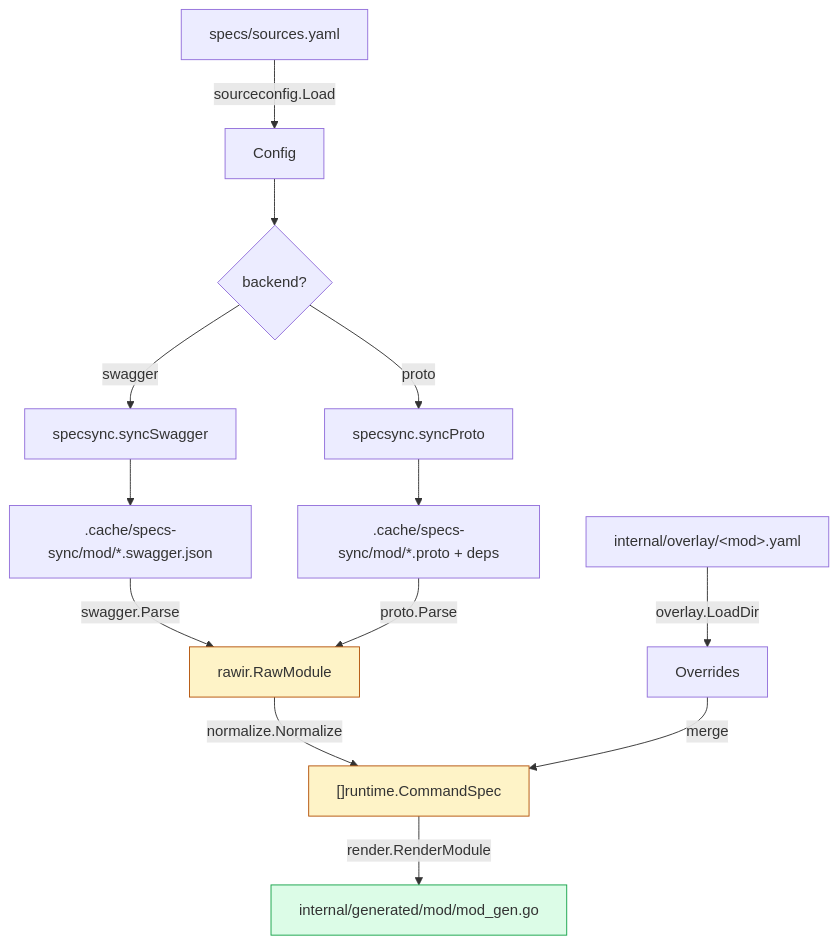
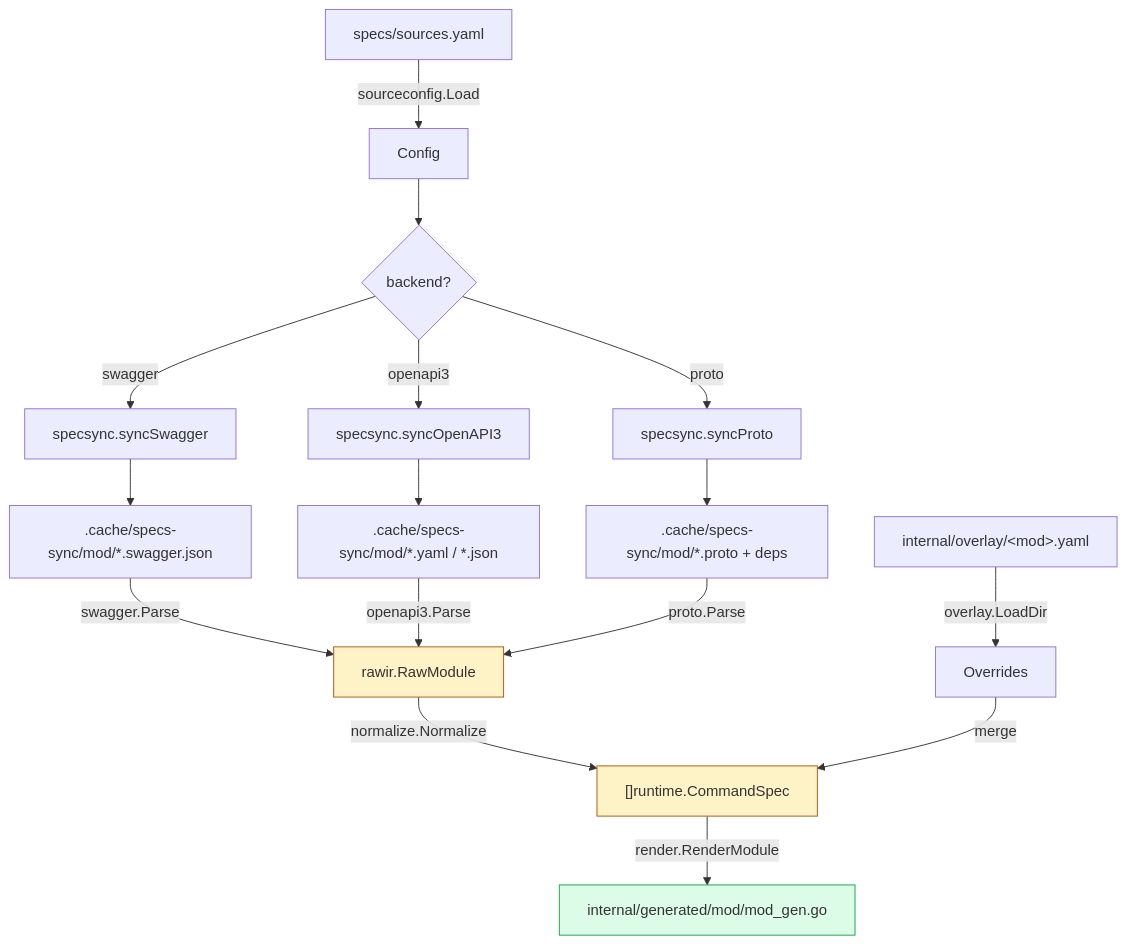
The second of 8 diagrams in docs/architecture.md (samzong/lathe), drawn with Mermaid before and after one commit. The commit also changed other lines of this file, not shown here.

First line of the commit message:
docs: update architecture.md for three-backend reality

````diff
--- a/docs/architecture.md
+++ b/docs/architecture.md
@@ -42,24 +42,27 @@
 ```mermaid
 flowchart TD
     A[specs/sources.yaml] -->|sourceconfig.Load| B[Config]
     B --> C{backend?}
 
     C -->|swagger| D1[specsync.syncSwagger]
+    C -->|openapi3| D3[specsync.syncOpenAPI3]
     C -->|proto| D2[specsync.syncProto]
 
     D1 --> E1[.cache/specs-sync/mod/*.swagger.json]
+    D3 --> E3[.cache/specs-sync/mod/*.yaml / *.json]
     D2 --> E2[.cache/specs-sync/mod/*.proto + deps]
 
     E1 -->|swagger.Parse| F[rawir.RawModule]
+    E3 -->|openapi3.Parse| F
     E2 -->|proto.Parse| F
 
     F -->|normalize.Normalize| G["[]runtime.CommandSpec"]
     H[internal/overlay/&lt;mod&gt;.yaml] -->|overlay.LoadDir| I[Overrides]
     I -->|merge| G
 
     G -->|render.RenderModule| J[internal/generated/mod/mod_gen.go]
 
     style F fill:#fef3c7,stroke:#b45309
     style G fill:#fef3c7,stroke:#b45309
     style J fill:#dcfce7,stroke:#16a34a
 ```
````
